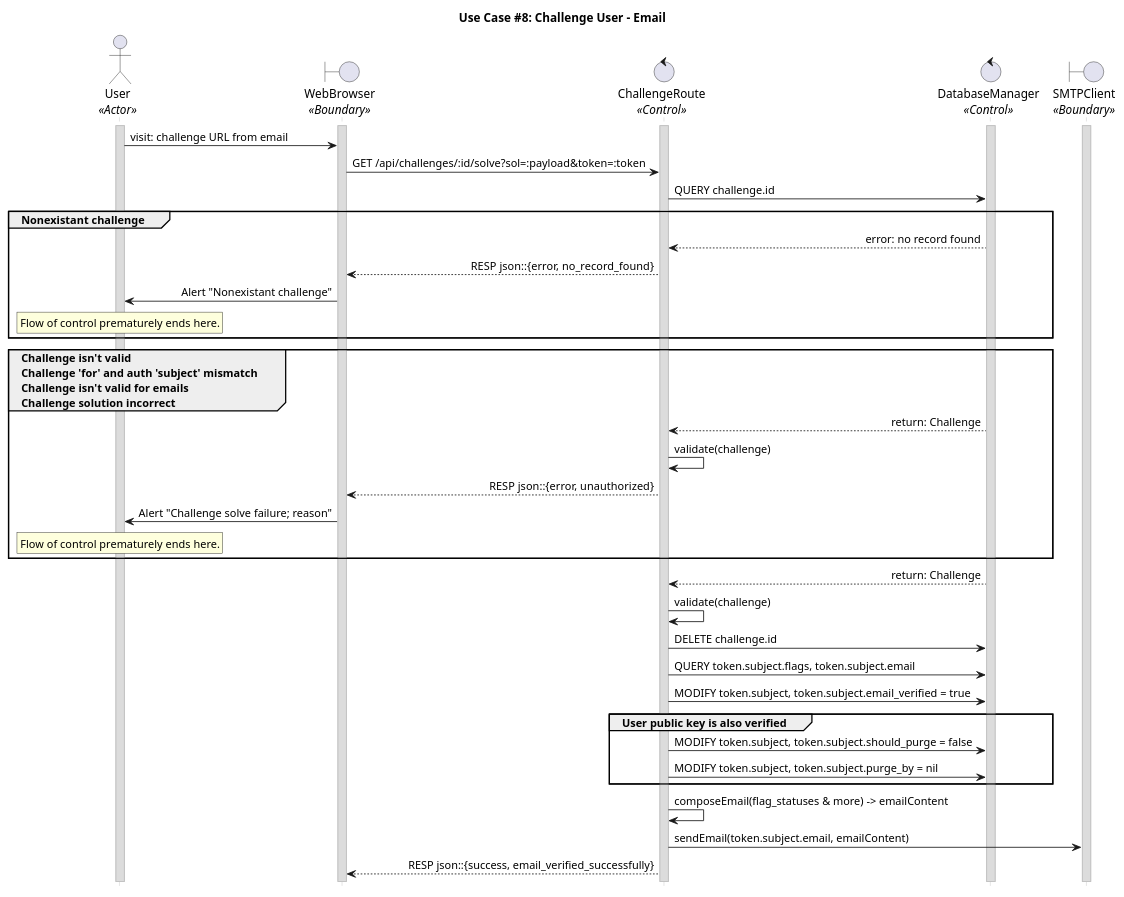
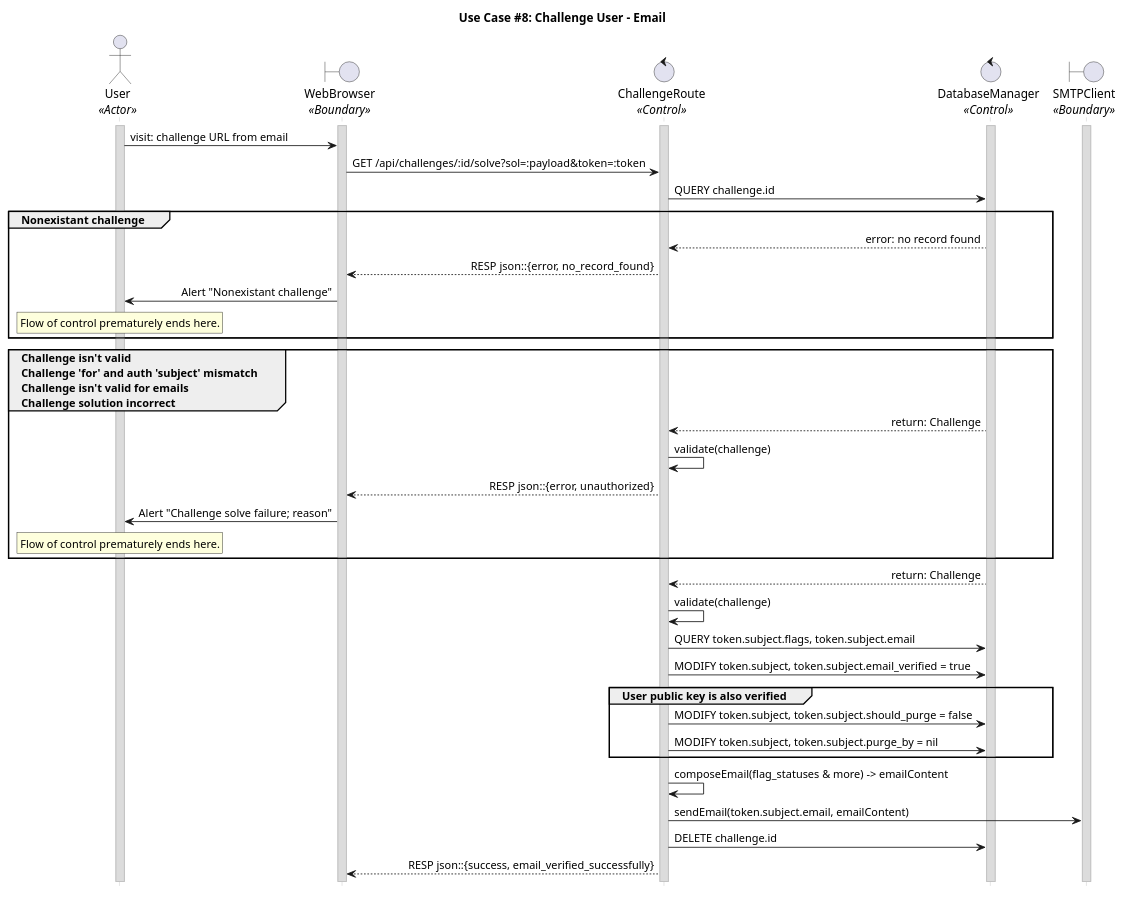
Before and after one commit to CECS-491-SP24-Group-1/seq-diagrams: the diagram in uc_08_email.puml, drawn with PlantUML. The commit also changed 6 other files, not shown here.

```diff
--- a/uc_08_email.puml
+++ b/uc_08_email.puml
@@ -1,81 +1,81 @@
 @startuml uc08_email
 title "Use Case #8: Challenge User - Email"
 
 'Styling goes here
 hide footbox
 skinparam stereotypePosition bottom
 skinparam sequenceMessageAlign direction
 skinparam sequence {
 	LifeLineBorderColor #Silver
 	LifeLineBackgroundColor #Gainsboro
 }
 
 'Setup the objects involved here
 actor User as u <<Actor>>
 boundary WebBrowser as wb <<Boundary>>
 control ChallengeRoute as cr <<Control>>
 control DatabaseManager as db <<Control>>
 boundary SMTPClient as sc <<Boundary>>
 
 'Setup persistent objects here
 activate u
 activate wb
 activate cr
 activate db
 activate sc
 
 '--- FLOW OF CONTROL STARTS HERE ---
 'User gets an email with their challenge code and visits the link in their browser.
 u -> wb: visit: challenge URL from email
 wb -> cr: GET /api/challenges/:id/solve?sol=:payload&token=:token
 
 'Server checks if the challenge is valid
 cr -> db: QUERY challenge.id
 
 'Case 1: The challenge doesn't exist
 group Nonexistant challenge
 	db --> cr: error: no record found
 	cr --> wb: RESP json::{error, no_record_found}
 	wb -> u: Alert "Nonexistant challenge"
 	rnote over u
 	Flow of control prematurely ends here.
 	endrnote
 end
 
 'Case 2: The challenge is invalid, not for this user, not email challenge, or the solution is incorrect.
 group Challenge isn't valid \nChallenge 'for' and auth 'subject' mismatch \nChallenge isn't valid for emails \nChallenge solution incorrect
 	db --> cr: return: Challenge
 	cr -> cr: validate(challenge)
 	cr --> wb: RESP json::{error, unauthorized}
 	wb -> u: Alert "Challenge solve failure; reason"
 	rnote over u
 	Flow of control prematurely ends here.
 	endrnote
 end
 
 'Default case: challenge exists and is valid
 db --> cr: return: Challenge
 cr -> cr: validate(challenge)
-cr -> db: DELETE challenge.id
 
 'Query the database for the user flags.
 cr -> db: QUERY token.subject.flags, token.subject.email
 
 'Mark the user's email as verified
 cr -> db: MODIFY token.subject, token.subject.email_verified = true
 
 'Also unmark the user's account for deletion if the public key is verified.
 group User public key is also verified
 	cr -> db: MODIFY token.subject, token.subject.should_purge = false
 	cr -> db: MODIFY token.subject, token.subject.purge_by = nil
 end
 
 'Email the user to inform of successful challenge completion and next steps.
 cr -> cr: composeEmail(flag_statuses & more) -> emailContent
 cr -> sc: sendEmail(token.subject.email, emailContent)
 
-'Return the feedback to the user
+'Cleanup and return the feedback to the user
+cr -> db: DELETE challenge.id
 cr --> wb: RESP json::{success, email_verified_successfully}
 '--- FLOW OF CONTROL ENDS HERE   ---
 
 @enduml
```
